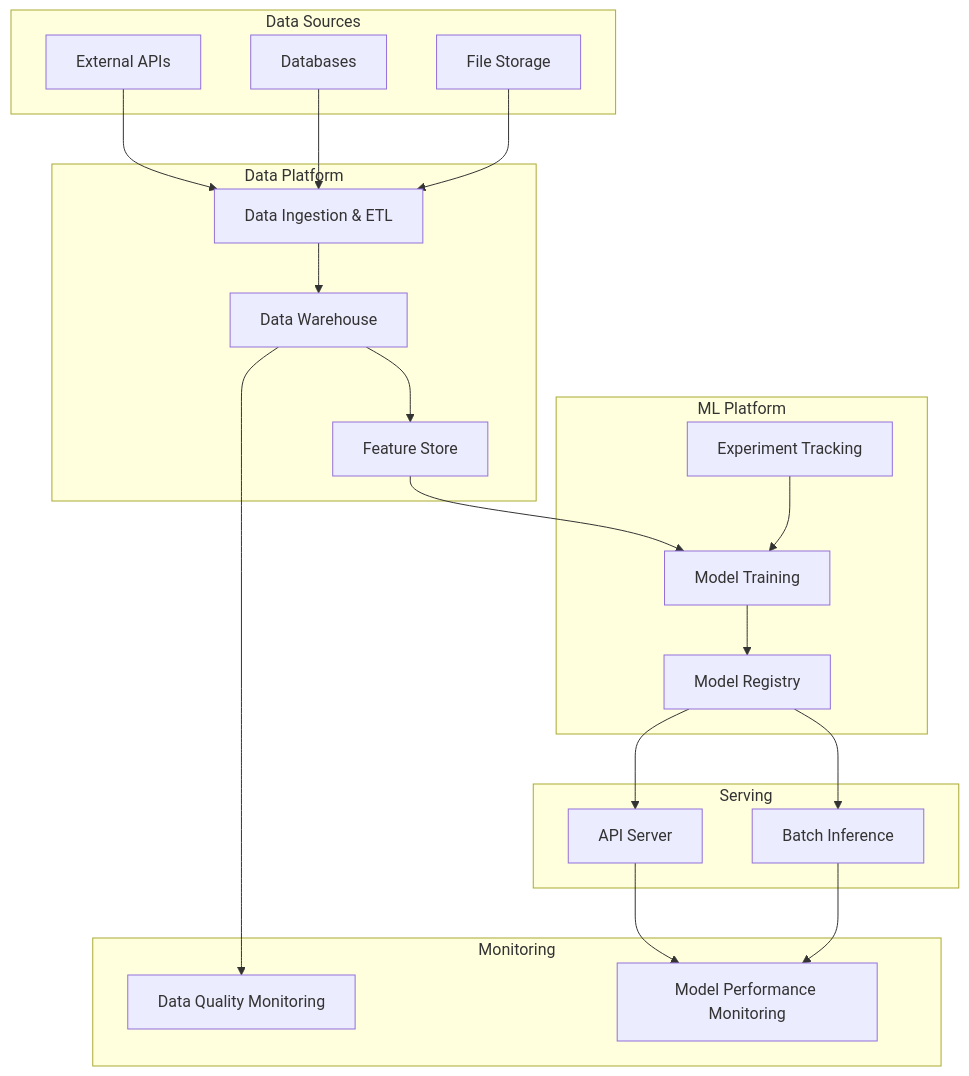
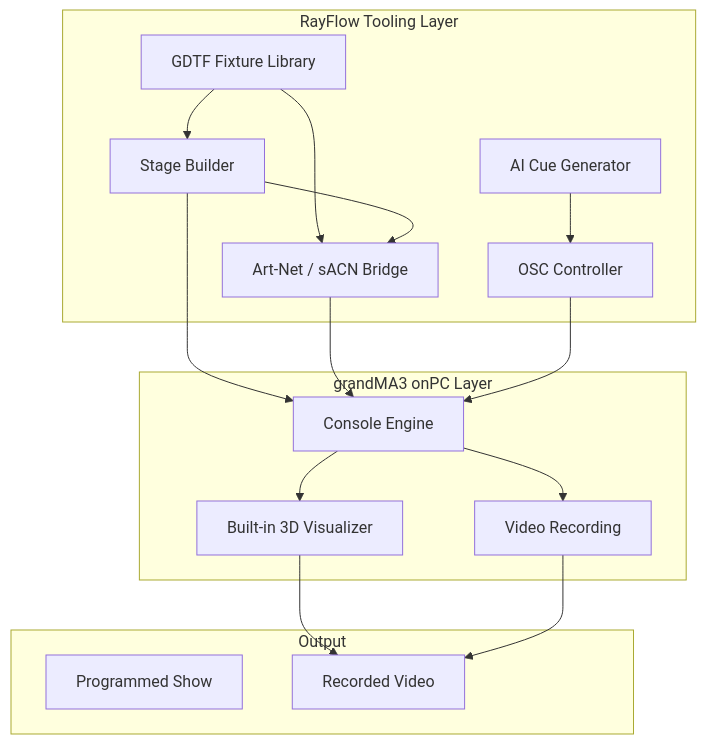
Before and after one commit to connorkitchings/rayflow: the diagram in docs/architecture/system_overview.md, drawn with Mermaid. The commit also changed other lines of this file and 180 other files, not shown here.

First line of the commit message:
chore: complete RayFlow migration — AI docs, Phases 1-4, and template cleanup

````diff
--- a/docs/architecture/system_overview.md
+++ b/docs/architecture/system_overview.md
@@ -7,44 +7,33 @@
 ```mermaid
 graph TD
-    subgraph "Data Sources"
-        A[External APIs]
-        B[Databases]
-        C[File Storage]
+    subgraph "RayFlow Tooling Layer"
+        A[GDTF Fixture Library]
+        B[Stage Builder]
+        C[AI Cue Generator]
+        D[Art-Net / sACN Bridge]
+        E[OSC Controller]
     end
 
-    subgraph "Data Platform"
-        D[Data Ingestion & ETL]
-        E[Data Warehouse]
-        F[Feature Store]
+    subgraph "grandMA3 onPC Layer"
+        F[Console Engine]
+        G[Built-in 3D Visualizer]
+        H[Video Recording]
     end
 
-    subgraph "ML Platform"
-        G[Experiment Tracking]
-        H[Model Training]
-        I[Model Registry]
+    subgraph "Output"
+        I[Programmed Show]
+        J[Recorded Video]
     end
 
-    subgraph "Serving"
-        J[API Server]
-        K[Batch Inference]
-    end
-
-    subgraph "Monitoring"
-        L[Data Quality Monitoring]
-        M[Model Performance Monitoring]
-    end
-
+    A --> B
     A --> D
     B --> D
-    C --> D
-    D --> E
+    B --> F
+    C --> E
+    D --> F
     E --> F
+    F --> G
     F --> H
-    G --> H
-    H --> I
-    I --> J
-    I --> K
-    J --> M
-    K --> M
-    E --> L
+    G --> J
+    H --> J
 ```
````
